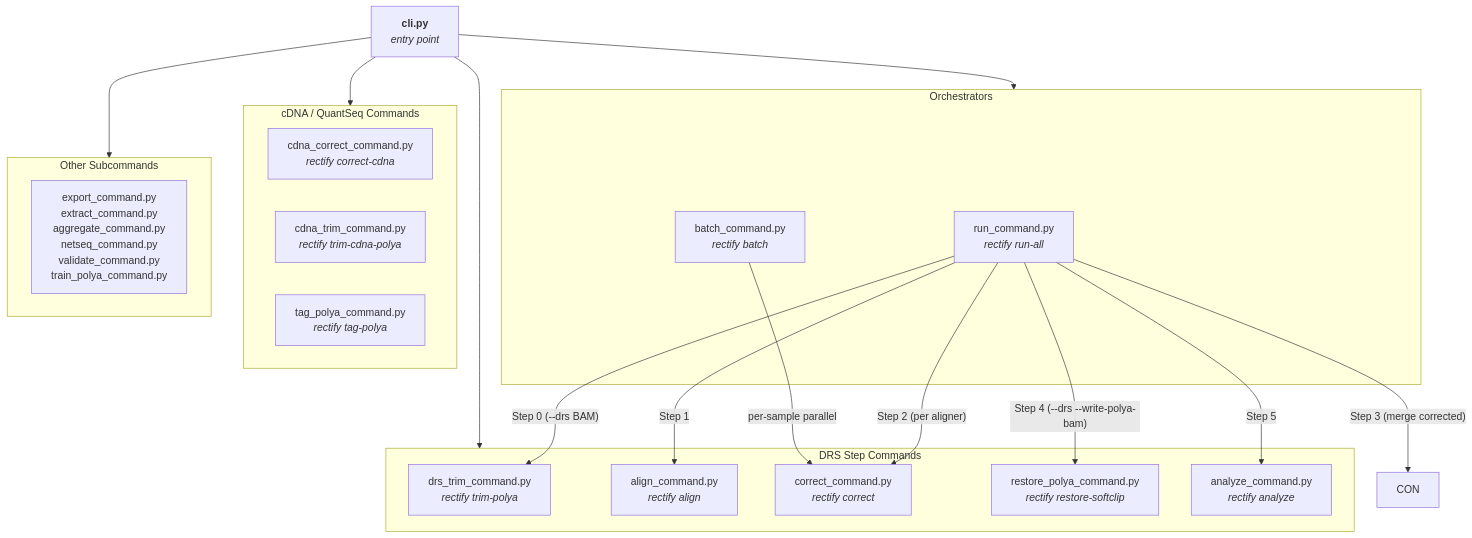
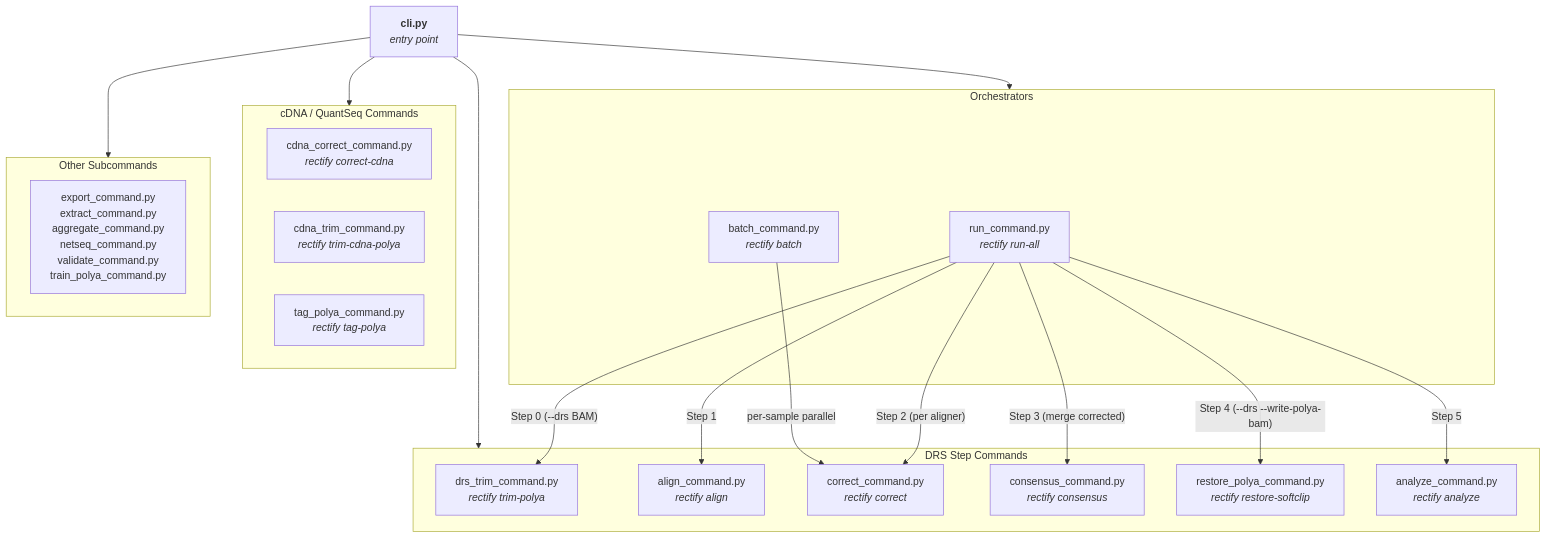
Before and after one commit to k-roy/RECTIFY: the first of 2 diagrams in docs/ARCHITECTURE.md, drawn with Mermaid. The commit also changed other lines of this file and 37 other files, not shown here.

````diff
--- a/docs/ARCHITECTURE.md
+++ b/docs/ARCHITECTURE.md
@@ -314,41 +339,54 @@
 ```mermaid
+%%{init: {
+  'theme': 'default',
+  'themeVariables': {
+    'fontFamily': 'Inter, "Helvetica Neue", Helvetica, Arial, sans-serif',
+    'fontSize': '16px'
+  },
+  'flowchart': {
+    'nodeSpacing': 55,
+    'rankSpacing': 55,
+    'padding': 12
+  }
+}}%%
 flowchart TD
     CLI["<b>cli.py</b><br/><i>entry point</i>"]
 
     subgraph orchestrators["Orchestrators"]
         RC["run_command.py<br/><i>rectify run-all</i>"]
         BC["batch_command.py<br/><i>rectify batch</i>"]
     end
 
     subgraph drs_commands["DRS Step Commands"]
         TC["drs_trim_command.py<br/><i>rectify trim-polya</i>"]
         AL["align_command.py<br/><i>rectify align</i>"]
         CC["correct_command.py<br/><i>rectify correct</i>"]
+        CON["consensus_command.py<br/><i>rectify consensus</i>"]
         RSC["restore_polya_command.py<br/><i>rectify restore-softclip</i>"]
         AC["analyze_command.py<br/><i>rectify analyze</i>"]
     end
 
     subgraph cdna_commands["cDNA / QuantSeq Commands"]
         CDNA["cdna_correct_command.py<br/><i>rectify correct-cdna</i>"]
         CTRIM["cdna_trim_command.py<br/><i>rectify trim-cdna-polya</i>"]
         TPOL["tag_polya_command.py<br/><i>rectify tag-polya</i>"]
     end
 
     subgraph utilities["Other Subcommands"]
         EX["export_command.py<br/>extract_command.py<br/>aggregate_command.py<br/>netseq_command.py<br/>validate_command.py<br/>train_polya_command.py"]
     end
 
     CLI --> orchestrators
     CLI --> drs_commands
     CLI --> cdna_commands
     CLI --> utilities
 
     RC -->|"Step 0 (--drs BAM)"| TC
     RC -->|"Step 1"| AL
     RC -->|"Step 2 (per aligner)"| CC
     RC -->|"Step 3 (merge corrected)"| CON
     RC -->|"Step 4 (--drs --write-polya-bam)"| RSC
     RC -->|"Step 5"| AC
 
     BC -->|"per-sample parallel"| CC
 ```
````
